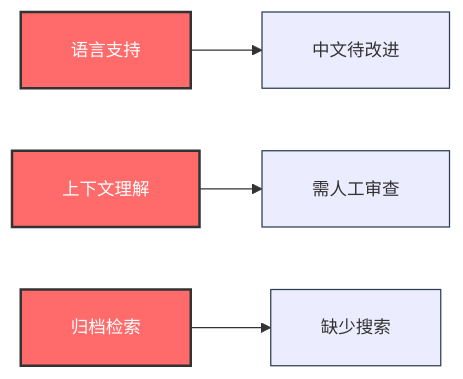
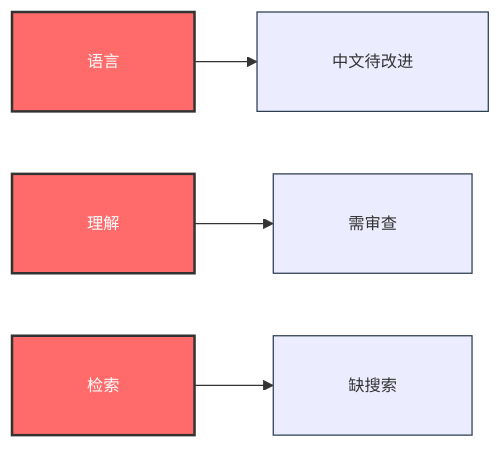
Before and after one commit to yufengyuanx/blog: the ninth of 11 diagrams in docs/research/claude-code-auto-dream.md, drawn with Mermaid. The commit also changed other lines of this file, not shown here.

Commit message:
fix: 最终优化 Mermaid 图表（13px 字体 + 10px 边距 + 30px padding + 精简文字）

````diff
--- a/docs/research/claude-code-auto-dream.md
+++ b/docs/research/claude-code-auto-dream.md
@@ -573,11 +566,11 @@
 ```mermaid
-%%{init: {'theme': 'default', 'themeVariables': { 'fontSize': '14px', 'nodeBorder': '#2c3e50', 'clusterBkg': '#f8f9fa', 'nodeTextMargin': 4 }, 'flowchart': { 'curve': 'basis', 'padding': 20 }}}%%
+%%{init: {'theme': 'default', 'themeVariables': { 'fontSize': '13px', 'nodeBorder': '#2c3e50', 'clusterBkg': '#f8f9fa', 'nodeTextMargin': 10 }, 'flowchart': { 'curve': 'basis', 'padding': 30 }}}%%
 graph LR
-    L1[语言支持] --> L2[中文待改进]
-    L3[上下文理解] --> L4[需人工审查]
-    L5[归档检索] --> L6[缺少搜索]
+    L1[语言] --> L2[中文待改进]
+    L3[理解] --> L4[需审查]
+    L5[检索] --> L6[缺搜索]
     
     style L1 fill:#ff6b6b,color:#fff,stroke:#333,stroke-width:2px
     style L3 fill:#ff6b6b,color:#fff,stroke:#333,stroke-width:2px
     style L5 fill:#ff6b6b,color:#fff,stroke:#333,stroke-width:2px
 ```
````
